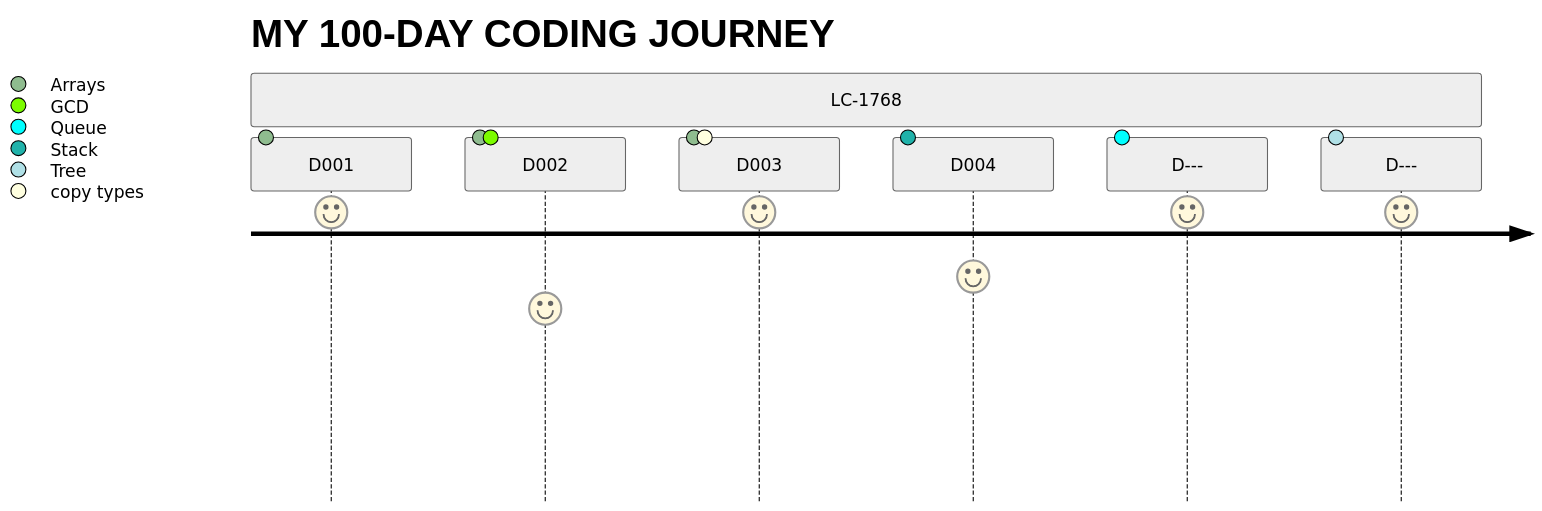
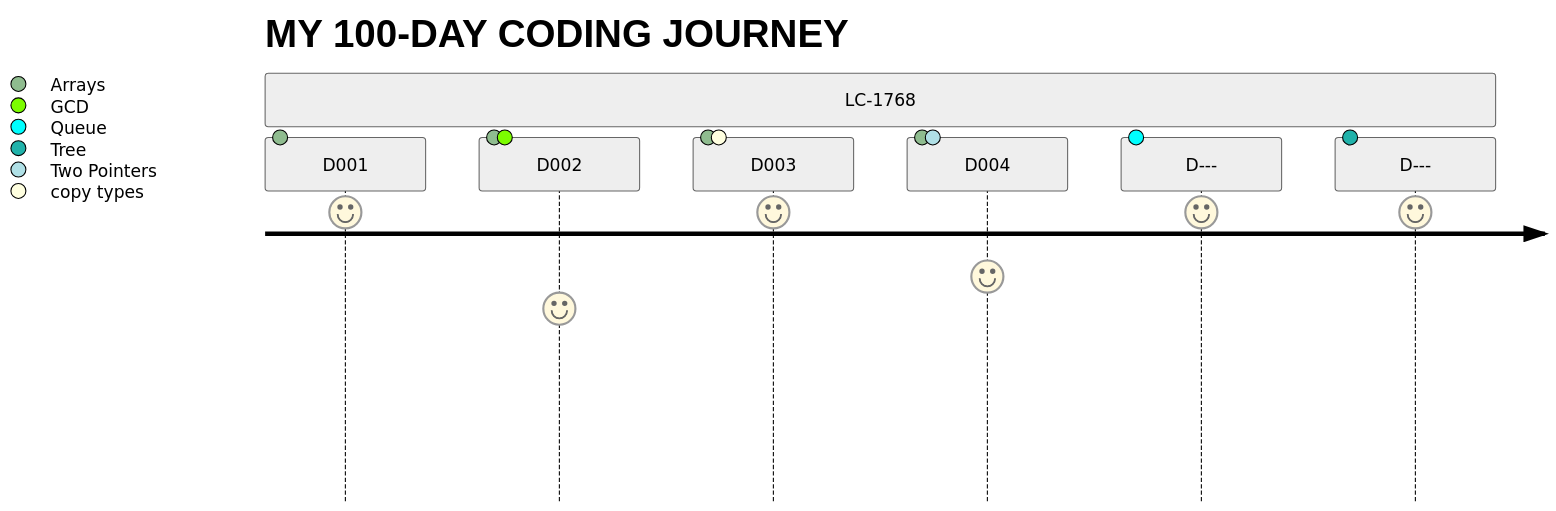
One commit to Edddush/100-days-of-code changed the diagram in log.md. Above: the diagram before and after it, drawn with Mermaid (neutral theme).

Commit message:
Update Chart D004

````diff
--- a/log.md
+++ b/log.md
@@ -3,11 +3,11 @@
 ```mermaid
 journey
     title MY 100-DAY CODING JOURNEY
     section LC-1768
       D001: 9: Arrays
       D002: 6: Arrays, GCD
       D003: 9: Arrays, copy types
-      D004: 7: Stack
+      D004: 7: Arrays, Two Pointers
       D---: 9: Queue
       D---: 9: Tree
 ```
````
